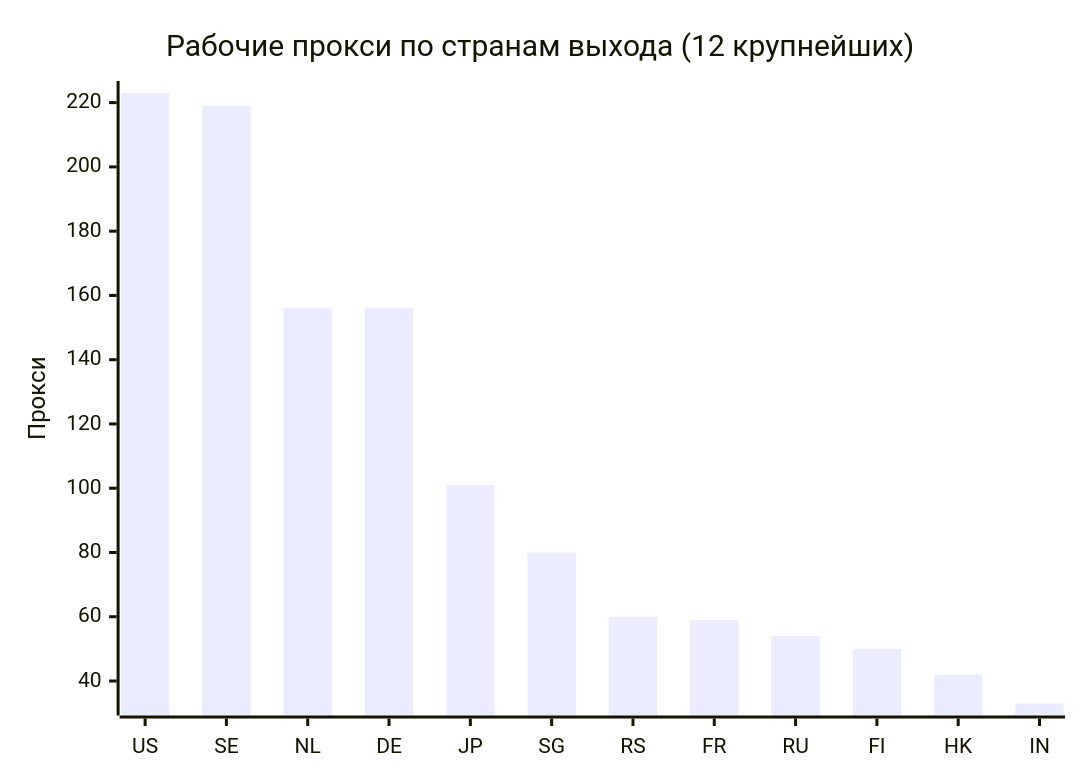
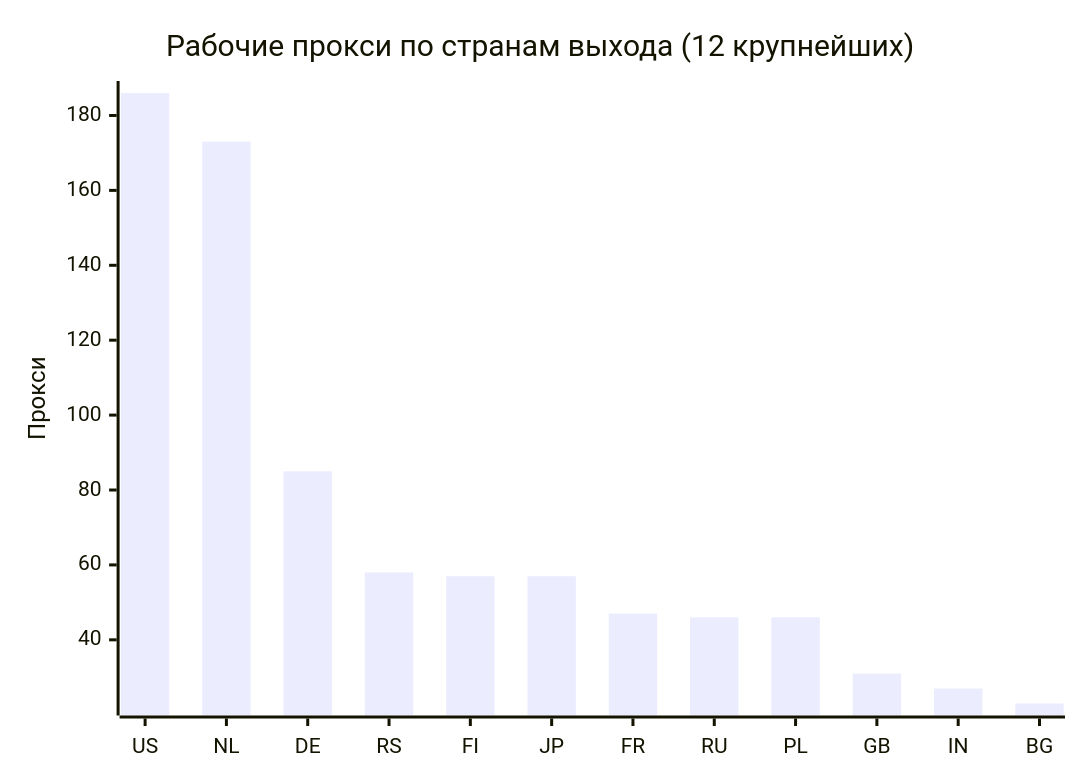
Before and after one commit to rvvg/proxy-subs: the second of 4 diagrams in README.md, drawn with Mermaid. The commit also changed other lines of this file and 52 other files, not shown here.

````diff
--- a/README.md
+++ b/README.md
@@ -132,7 +127,7 @@
 ```mermaid
 xychart-beta
     title "Рабочие прокси по странам выхода (12 крупнейших)"
-    x-axis ["US", "SE", "NL", "DE", "JP", "SG", "RS", "FR", "RU", "FI", "HK", "IN"]
+    x-axis ["US", "NL", "DE", "RS", "FI", "JP", "FR", "RU", "PL", "GB", "IN", "BG"]
     y-axis "Прокси"
-    bar [223, 219, 156, 156, 101, 80, 60, 59, 54, 50, 42, 33]
+    bar [186, 173, 85, 58, 57, 57, 47, 46, 46, 31, 27, 23]
 ```
````
